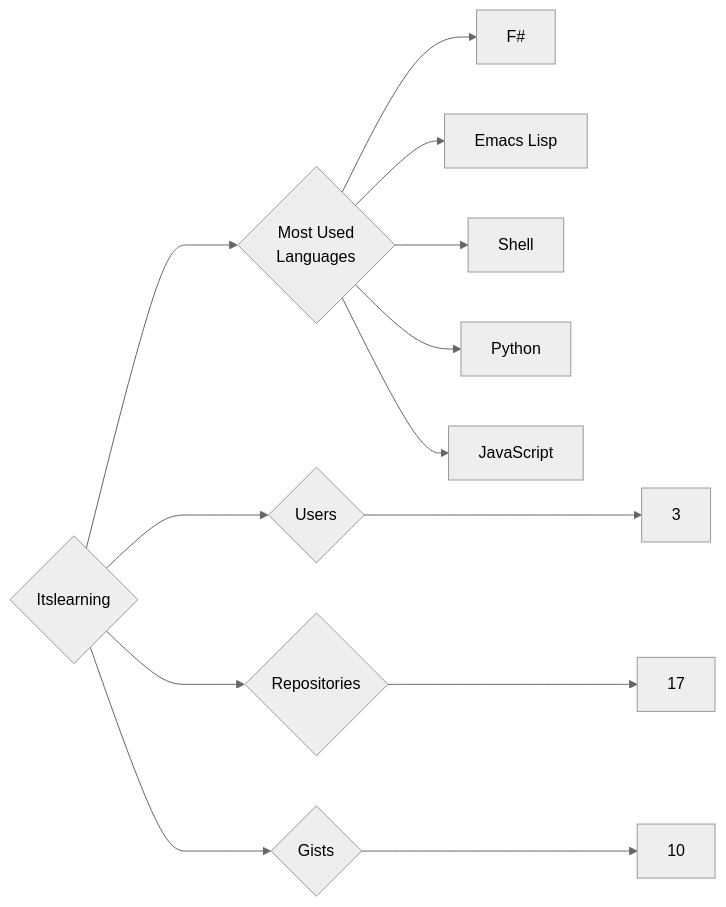
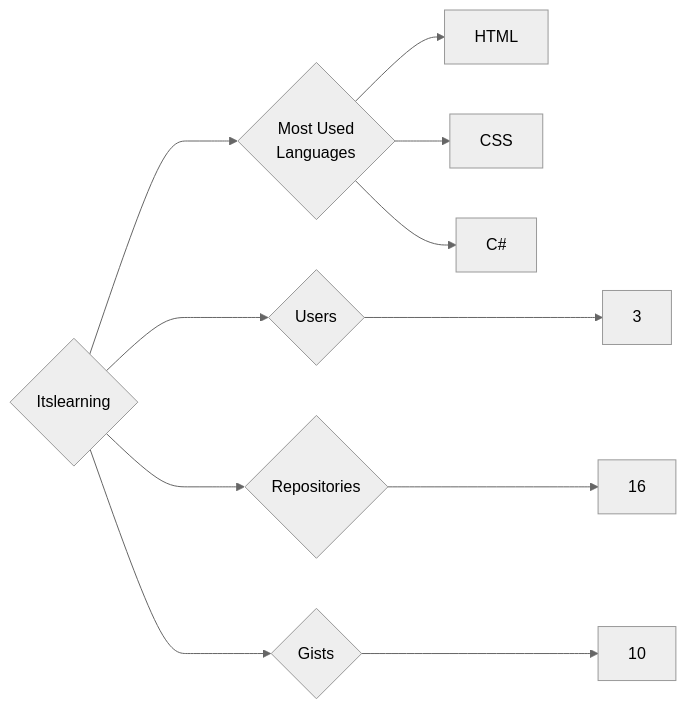
One commit to trickest/insiders changed the diagram in targets/Itslearning/README.md. Above: the diagram before and after it, drawn with Mermaid (neutral theme). The commit also changed 644 other files, not shown here.

````diff
--- a/targets/Itslearning/README.md
+++ b/targets/Itslearning/README.md
@@ -3,13 +3,11 @@
 ```mermaid
 graph LR
 COMPANY_NAME{Itslearning}
 COMPANY_NAME ---> U{Users} ---> UN[3]
-COMPANY_NAME ---> R{Repositories} ---> RN[17]
+COMPANY_NAME ---> R{Repositories} ---> RN[16]
 COMPANY_NAME ---> G{Gists} ---> GN[10]
 COMPANY_NAME ---> ML{Most Used<br>Languages}
-ML --> F#[F#]
-ML --> Emacs_Lisp[Emacs Lisp]
-ML --> Shell[Shell]
-ML --> Python[Python]
-ML --> JavaScript[JavaScript]
+ML --> HTML[HTML]
+ML --> CSS[CSS]
+ML --> C#[C#]
 ```
````
